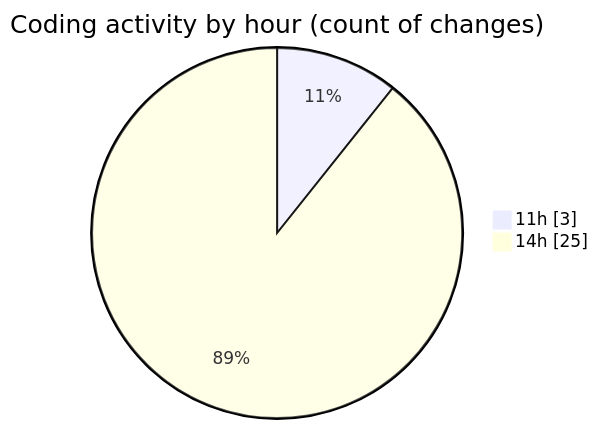
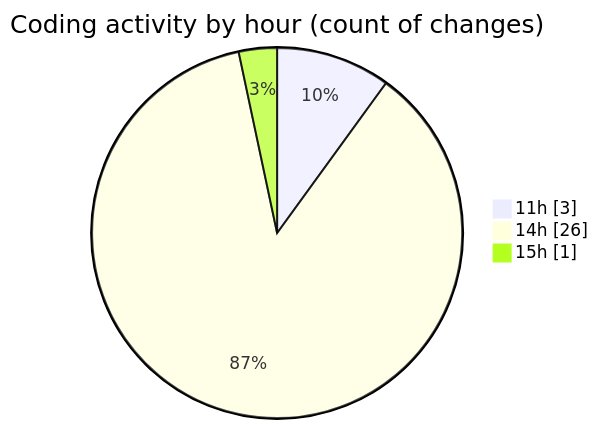
Before and after one commit to charlie-sans/code-tracking: the second of 2 diagrams in 2025-04-30/masm-lsp/README.md, drawn with Mermaid. The commit also changed other lines of this file and 1 other file, not shown here.

````diff
--- a/2025-04-30/masm-lsp/README.md
+++ b/2025-04-30/masm-lsp/README.md
@@ -31,6 +31,7 @@
 ```mermaid
 pie showData
 title Coding activity by hour (count of changes)
 "11h" : 3
-"14h" : 25
+"14h" : 26
+"15h" : 1
 ```
````
